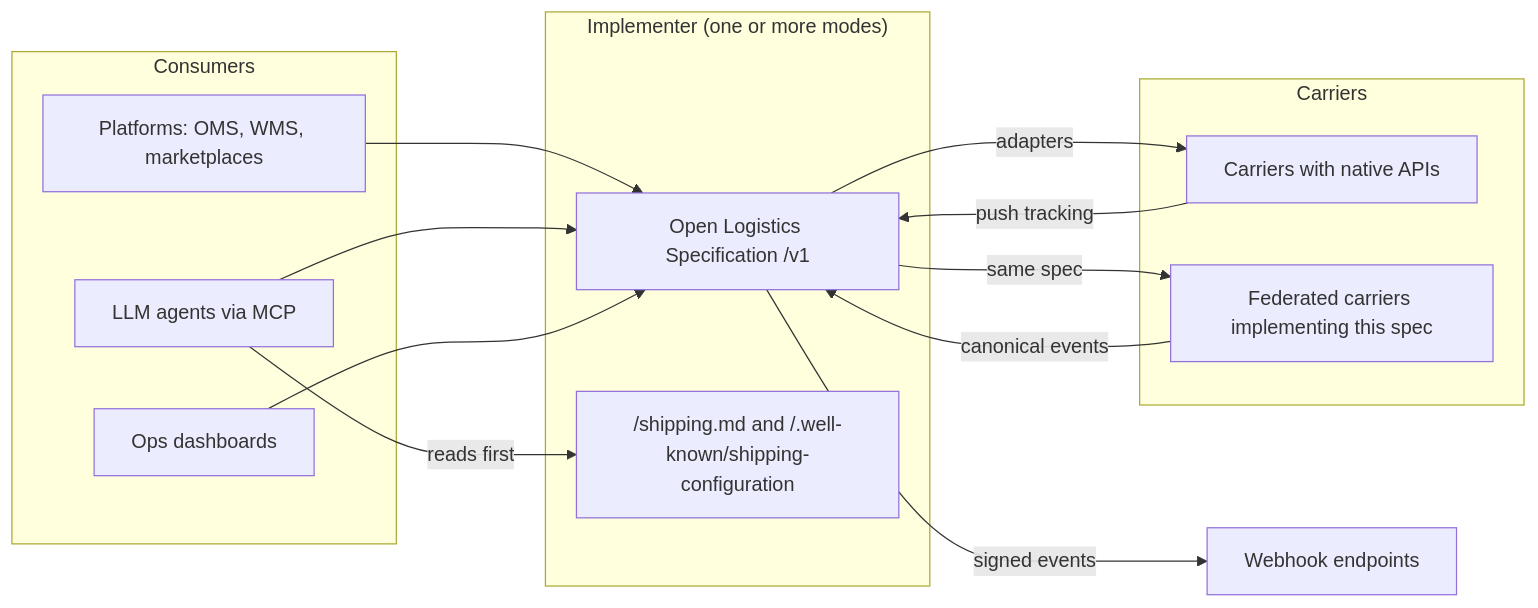
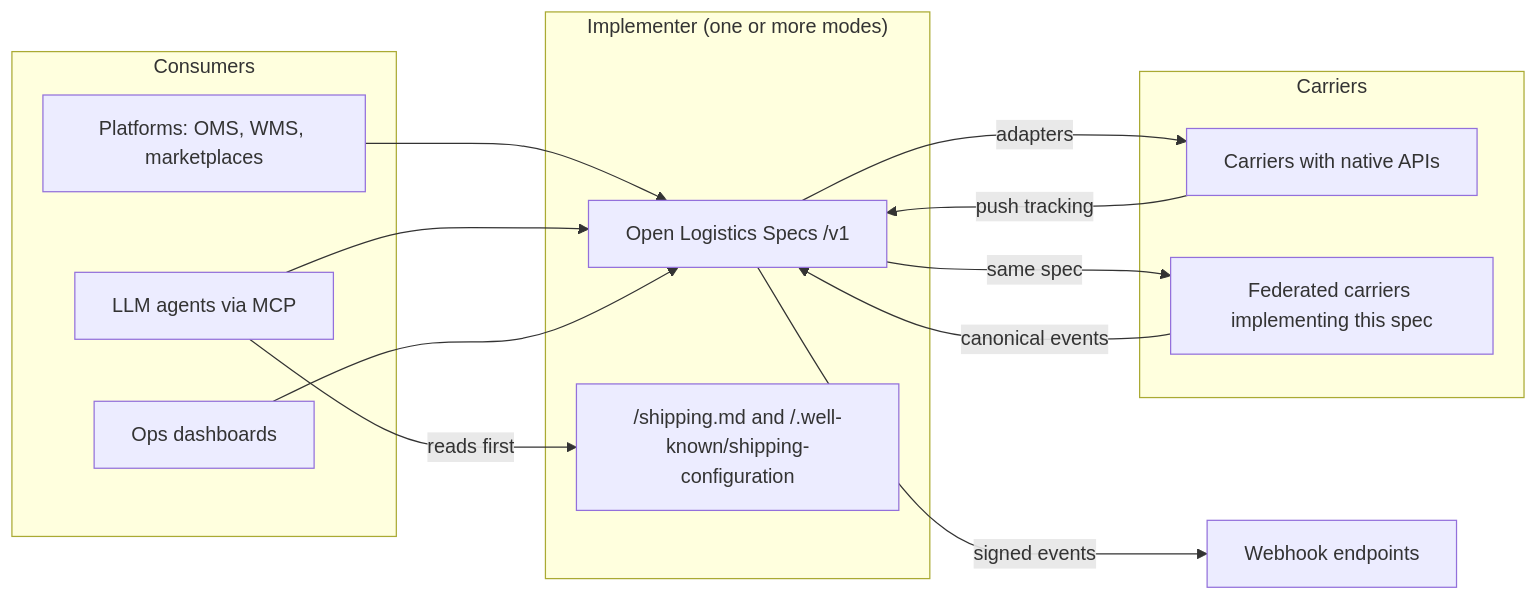
Before and after one commit to ebenlab/openshipping.tech: the first of 5 diagrams in spec/architecture.md, drawn with Mermaid. The commit also changed 28 other files, not shown here.

First line of the commit message:
Split the REST Interface by mode and rename to Open Logistics Specs

````diff
--- a/spec/architecture.md
+++ b/spec/architecture.md
@@ -12,26 +12,26 @@
 ```mermaid
 flowchart LR
     subgraph Consumers
         P["Platforms: OMS, WMS, marketplaces"]
         A["LLM agents via MCP"]
         D["Ops dashboards"]
     end
     subgraph Implementer["Implementer (one or more modes)"]
-        API["Open Logistics Specification /v1"]
+        API["Open Logistics Specs /v1"]
         DISC["/shipping.md and /.well-known/shipping-configuration"]
     end
     subgraph Carriers
         NC["Carriers with native APIs"]
         FC["Federated carriers implementing this spec"]
     end
     WH["Webhook endpoints"]
     A -->|reads first| DISC
     P --> API
     A --> API
     D --> API
     API -->|adapters| NC
     API -->|same spec| FC
     NC -->|push tracking| API
     FC -->|canonical events| API
     API -->|signed events| WH
 ```
````
